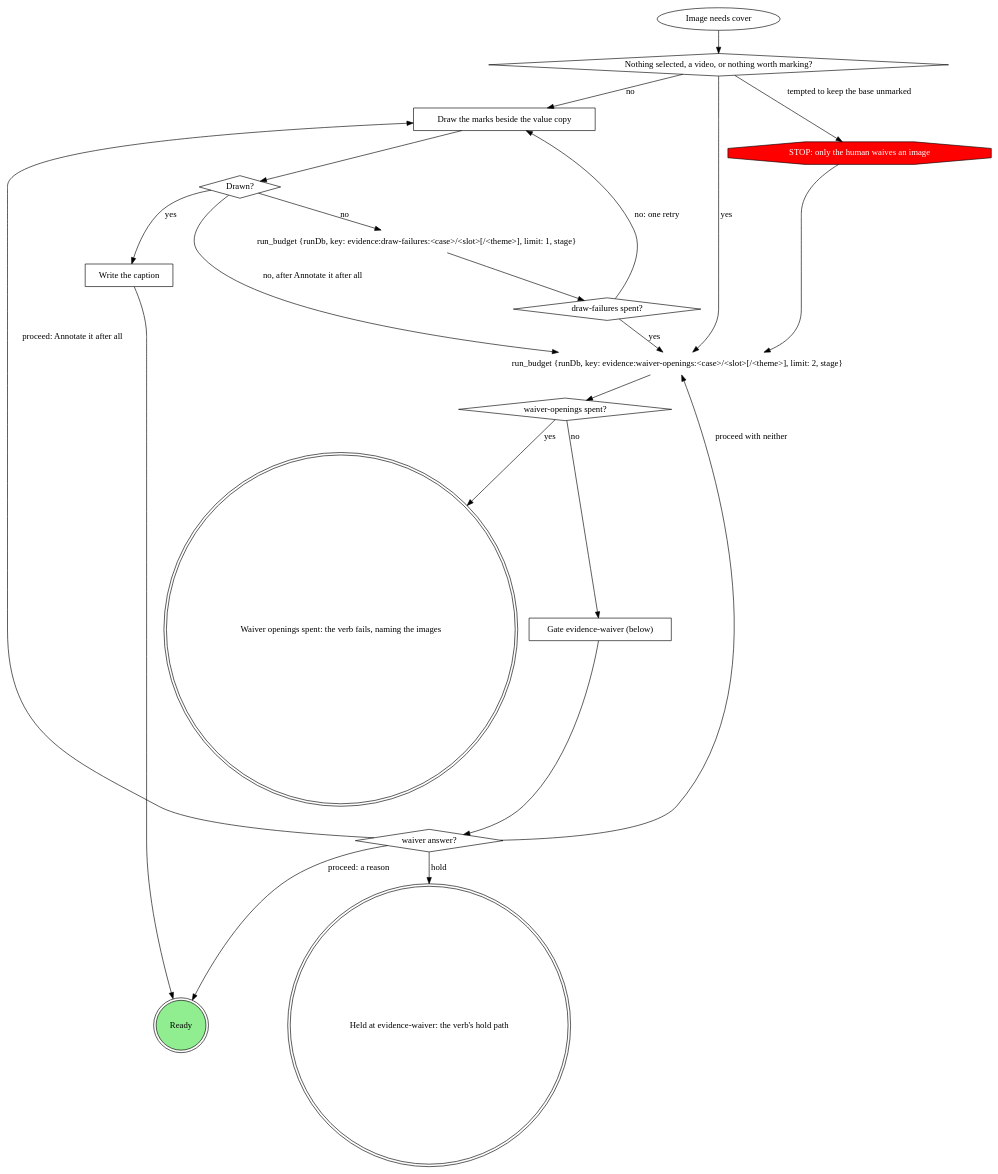
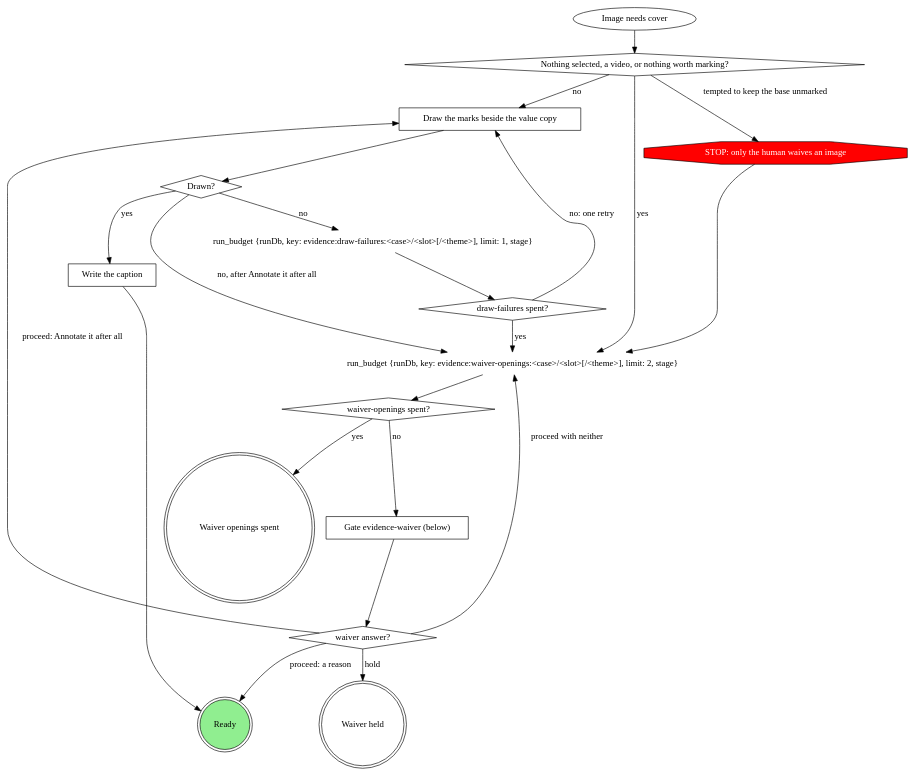
One commit to m4ttstack/mattstack changed the second of 3 diagrams in plugins/mattstack/attachments/evidence-record/SKILL.md. Above: the diagram before and after it, drawn with Graphviz. The commit also changed other lines of this file, not shown here.

First line of the commit message:
evidence-record: carry new case labels until the record is written

````diff
--- a/plugins/mattstack/attachments/evidence-record/SKILL.md
+++ b/plugins/mattstack/attachments/evidence-record/SKILL.md
@@ -81,40 +85,40 @@
 ```dot
 digraph annotate_or_waive {
     "Image needs cover" [shape=ellipse];
     "Nothing selected, a video, or nothing worth marking?" [shape=diamond];
     "Draw the marks beside the value copy" [shape=box];
     "Drawn?" [shape=diamond];
     "run_budget {runDb, key: evidence:draw-failures:<case>/<slot>[/<theme>], limit: 1, stage}" [shape=plaintext];
     "draw-failures spent?" [shape=diamond];
     "Write the caption" [shape=box];
     "run_budget {runDb, key: evidence:waiver-openings:<case>/<slot>[/<theme>], limit: 2, stage}" [shape=plaintext];
     "waiver-openings spent?" [shape=diamond];
     "Gate evidence-waiver (below)" [shape=box];
     "waiver answer?" [shape=diamond];
     "STOP: only the human waives an image" [shape=octagon style=filled fillcolor=red fontcolor=white];
-    "Held at evidence-waiver: the verb's hold path" [shape=doublecircle];
-    "Waiver openings spent: the verb fails, naming the images" [shape=doublecircle];
+    "Waiver held" [shape=doublecircle];
+    "Waiver openings spent" [shape=doublecircle];
     "Ready" [shape=doublecircle style=filled fillcolor=lightgreen];
 
     "Image needs cover" -> "Nothing selected, a video, or nothing worth marking?";
     "Nothing selected, a video, or nothing worth marking?" -> "Draw the marks beside the value copy" [label="no"];
     "Nothing selected, a video, or nothing worth marking?" -> "STOP: only the human waives an image" [label="tempted to keep the base unmarked"];
     "STOP: only the human waives an image" -> "run_budget {runDb, key: evidence:waiver-openings:<case>/<slot>[/<theme>], limit: 2, stage}";
     "Draw the marks beside the value copy" -> "Drawn?";
     "Drawn?" -> "Write the caption" [label="yes"];
     "Drawn?" -> "run_budget {runDb, key: evidence:draw-failures:<case>/<slot>[/<theme>], limit: 1, stage}" [label="no"];
     "Drawn?" -> "run_budget {runDb, key: evidence:waiver-openings:<case>/<slot>[/<theme>], limit: 2, stage}" [label="no, after Annotate it after all"];
     "run_budget {runDb, key: evidence:draw-failures:<case>/<slot>[/<theme>], limit: 1, stage}" -> "draw-failures spent?";
     "draw-failures spent?" -> "Draw the marks beside the value copy" [label="no: one retry"];
     {"Nothing selected, a video, or nothing worth marking?" "draw-failures spent?"} -> "run_budget {runDb, key: evidence:waiver-openings:<case>/<slot>[/<theme>], limit: 2, stage}" [label="yes"];
     "Write the caption" -> "Ready";
     "run_budget {runDb, key: evidence:waiver-openings:<case>/<slot>[/<theme>], limit: 2, stage}" -> "waiver-openings spent?";
     "waiver-openings spent?" -> "Gate evidence-waiver (below)" [label="no"];
-    "waiver-openings spent?" -> "Waiver openings spent: the verb fails, naming the images" [label="yes"];
+    "waiver-openings spent?" -> "Waiver openings spent" [label="yes"];
     "Gate evidence-waiver (below)" -> "waiver answer?";
     "waiver answer?" -> "Ready" [label="proceed: a reason"];
     "waiver answer?" -> "Draw the marks beside the value copy" [label="proceed: Annotate it after all"];
     "waiver answer?" -> "run_budget {runDb, key: evidence:waiver-openings:<case>/<slot>[/<theme>], limit: 2, stage}" [label="proceed with neither"];
-    "waiver answer?" -> "Held at evidence-waiver: the verb's hold path" [label="hold"];
+    "waiver answer?" -> "Waiver held" [label="hold"];
 }
 ```
````
